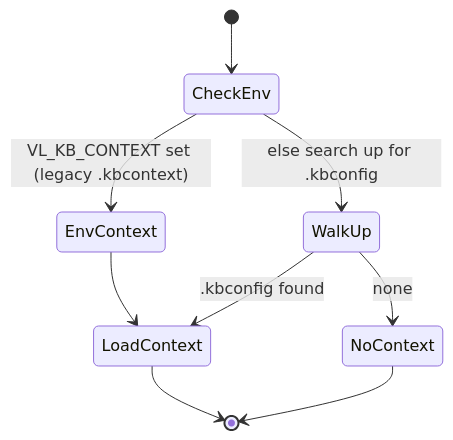
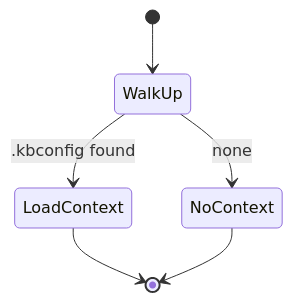
Before and after one commit to chriskd/memex: the third of 8 diagrams in kb/memex/state-diagrams.md, drawn with Mermaid. The commit also changed other lines of this file and 18 other files, not shown here.

````diff
--- a/kb/memex/state-diagrams.md
+++ b/kb/memex/state-diagrams.md
@@ -52,11 +52,8 @@
 ```mermaid
 stateDiagram-v2
-    [*] --> CheckEnv
-    CheckEnv --> EnvContext: VL_KB_CONTEXT set (legacy .kbcontext)
-    CheckEnv --> WalkUp: else search up for .kbconfig
-    EnvContext --> LoadContext
+    [*] --> WalkUp
     WalkUp --> LoadContext: .kbconfig found
     WalkUp --> NoContext: none
     LoadContext --> [*]
     NoContext --> [*]
 ```
````
